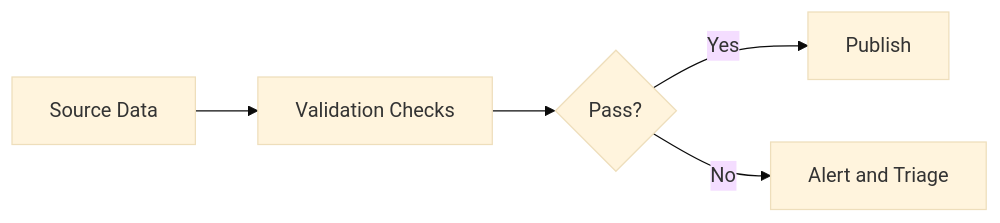
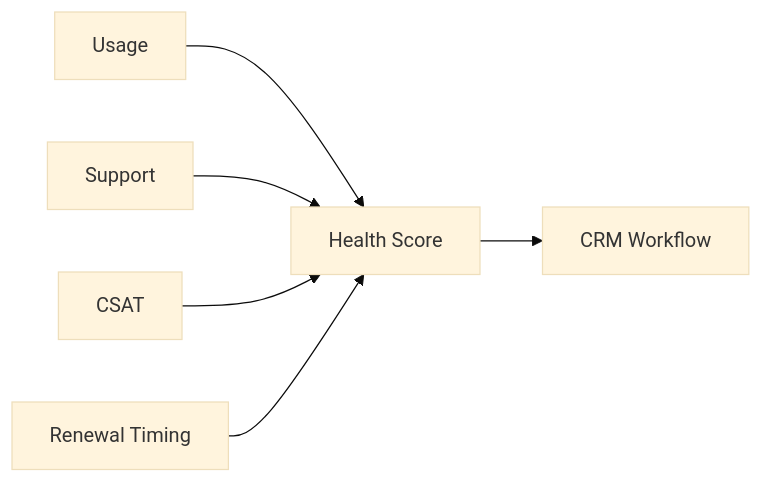
One commit to Kasala95/data-engineering-portfolio changed the diagram in projects/daily-linkedin-post-workflow/generated/latest-linkedin-post.md. Above: the diagram before and after it, drawn with Mermaid (base theme). The commit also changed other lines of this file and 3 other files, not shown here.

````diff
--- a/projects/daily-linkedin-post-workflow/generated/latest-linkedin-post.md
+++ b/projects/daily-linkedin-post-workflow/generated/latest-linkedin-post.md
@@ -25,7 +25,8 @@
 ```mermaid
 flowchart LR
-  A[Source Data] --> B[Validation Checks]
-  B --> C{Pass?}
-  C -->|Yes| D[Publish]
-  C -->|No| E[Alert and Triage]
+  A[Usage] --> E[Health Score]
+  B[Support] --> E
+  C[CSAT] --> E
+  D[Renewal Timing] --> E
+  E --> F[CRM Workflow]
 ```
````
